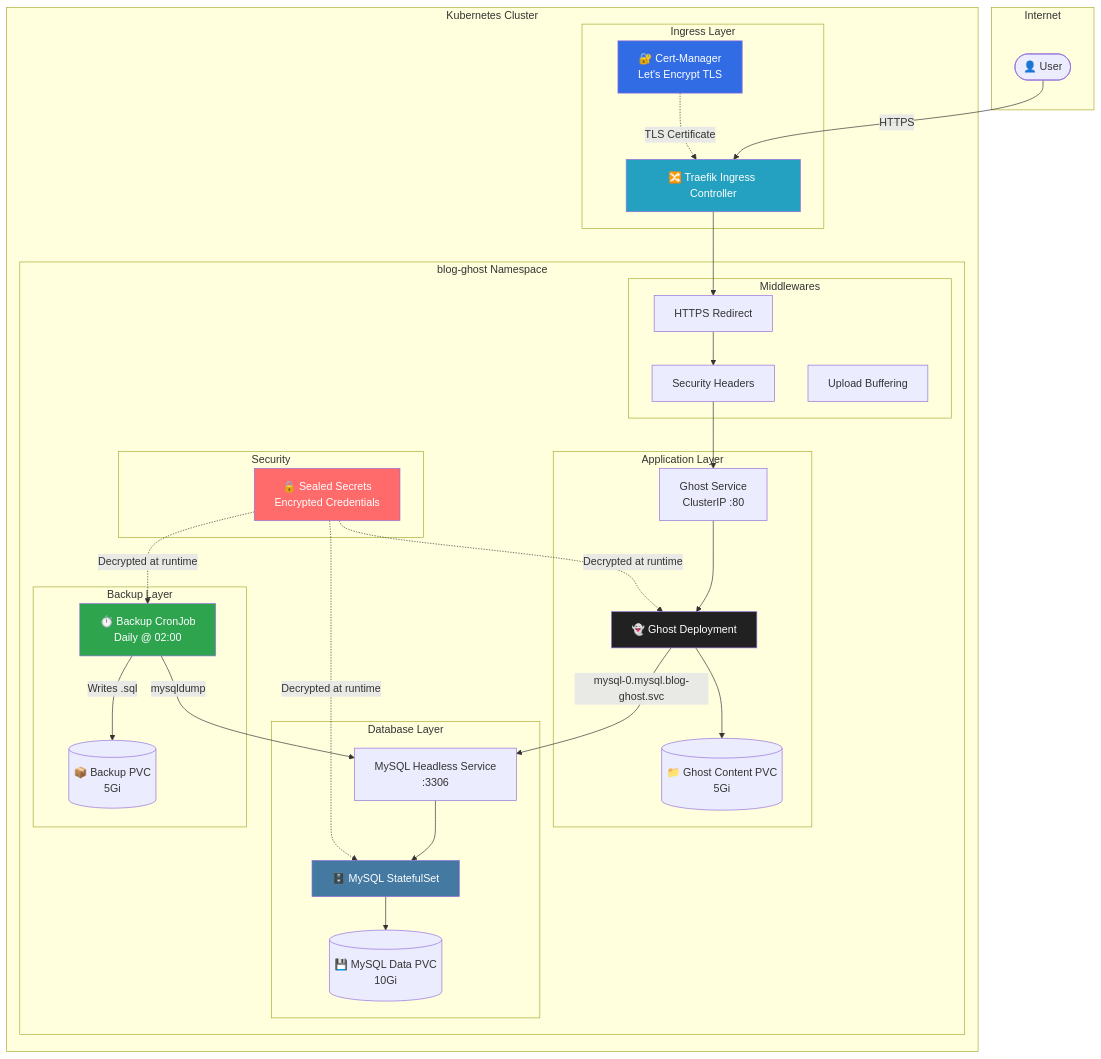
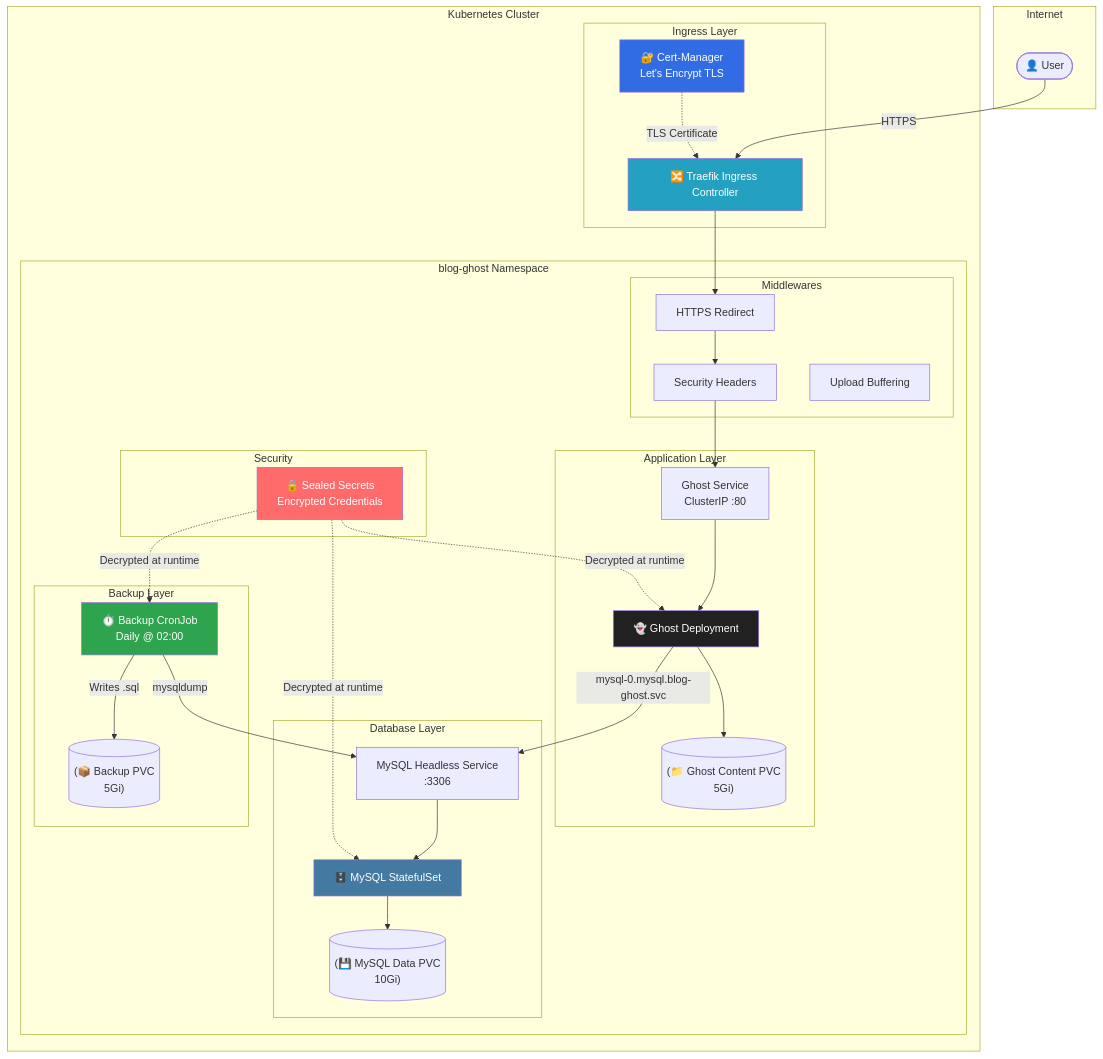
Before and after one commit to engabelal/k8s-ghost-blog-platform: the diagram in README.md, drawn with Mermaid.

Commit message:
docs: fix mermaid diagram formatting for newlines

````diff
--- a/README.md
+++ b/README.md
@@ -104,65 +104,65 @@
 ```mermaid
 flowchart TB
     subgraph Internet
         User([👤 User])
     end
 
     subgraph Kubernetes Cluster
         subgraph Ingress Layer
             Traefik[🔀 Traefik Ingress Controller]
-            CertManager[🔐 Cert-Manager\nLet's Encrypt TLS]
+            CertManager["🔐 Cert-Manager<br/>Let's Encrypt TLS"]
         end
 
         subgraph blog-ghost Namespace
             subgraph Middlewares
                 M1[HTTPS Redirect]
                 M2[Security Headers]
                 M3[Upload Buffering]
             end
 
             subgraph Application Layer
                 GhostDep[👻 Ghost Deployment]
-                GhostSvc[Ghost Service\nClusterIP :80]
-                GhostPVC[(📁 Ghost Content PVC\n5Gi)]
+                GhostSvc["Ghost Service<br/>ClusterIP :80"]
+                GhostPVC[("(📁 Ghost Content PVC<br/>5Gi)")]
             end
 
             subgraph Database Layer
                 MySQLSS[🗄️ MySQL StatefulSet]
-                MySQLSvc[MySQL Headless Service\n:3306]
-                MySQLPVC[(💾 MySQL Data PVC\n10Gi)]
+                MySQLSvc["MySQL Headless Service<br/>:3306"]
+                MySQLPVC[("(💾 MySQL Data PVC<br/>10Gi)")]
             end
 
             subgraph Backup Layer
-                BackupCron[⏱️ Backup CronJob\nDaily @ 02:00]
-                BackupPVC[(📦 Backup PVC\n5Gi)]
+                BackupCron["⏱️ Backup CronJob<br/>Daily @ 02:00"]
+                BackupPVC[("(📦 Backup PVC<br/>5Gi)")]
             end
 
             subgraph Security
-                SealedSecret[🔒 Sealed Secrets\nEncrypted Credentials]
+                SealedSecret["🔒 Sealed Secrets<br/>Encrypted Credentials"]
             end
         end
     end
 
     User -->|HTTPS| Traefik
     Traefik --> M1 --> M2 --> GhostSvc
     CertManager -.->|TLS Certificate| Traefik
     GhostSvc --> GhostDep
     GhostDep --> GhostPVC
     GhostDep -->|mysql-0.mysql.blog-ghost.svc| MySQLSvc
     MySQLSvc --> MySQLSS
     MySQLSS --> MySQLPVC
 
     BackupCron -->|mysqldump| MySQLSvc
     BackupCron -->|Writes .sql| BackupPVC
 
     SealedSecret -.->|Decrypted at runtime| GhostDep
     SealedSecret -.->|Decrypted at runtime| MySQLSS
     SealedSecret -.->|Decrypted at runtime| BackupCron
 
     style Traefik fill:#24A1C1,color:#fff
     style GhostDep fill:#212121,color:#fff
     style MySQLSS fill:#4479A1,color:#fff
     style SealedSecret fill:#FF6B6B,color:#fff
     style CertManager fill:#326CE5,color:#fff
     style BackupCron fill:#2ea44f,color:#fff
 ```
````
